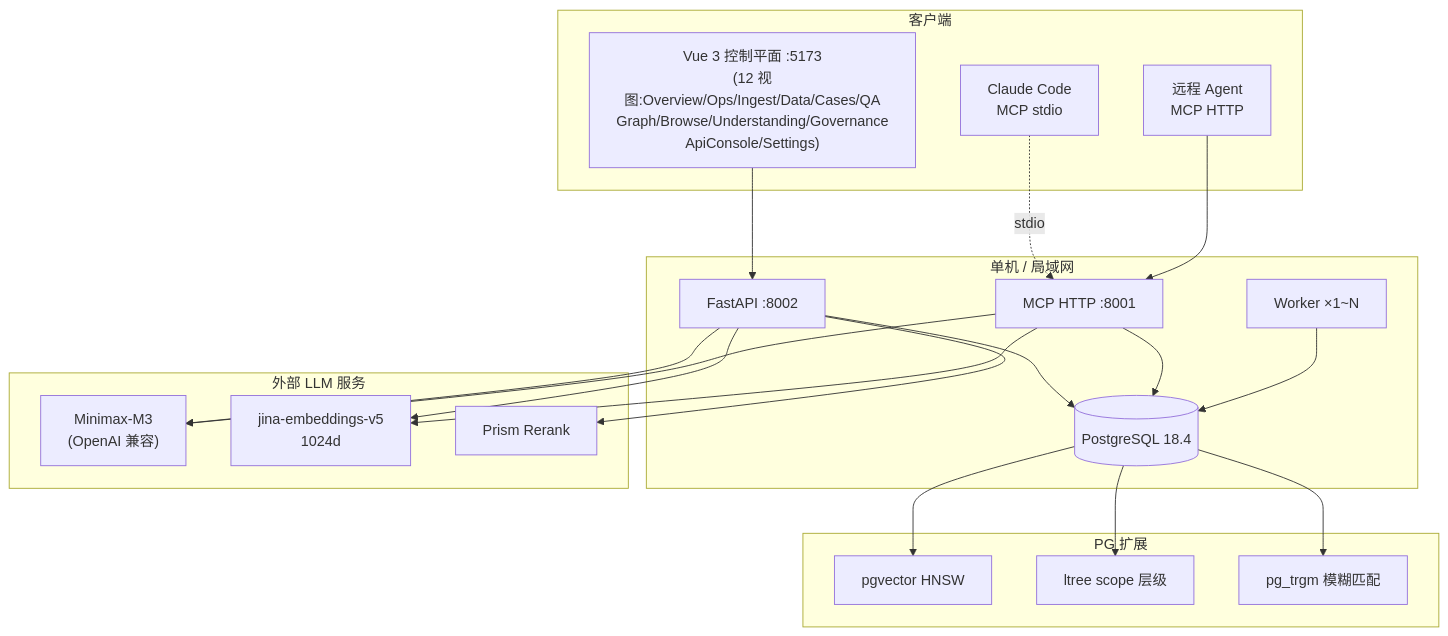
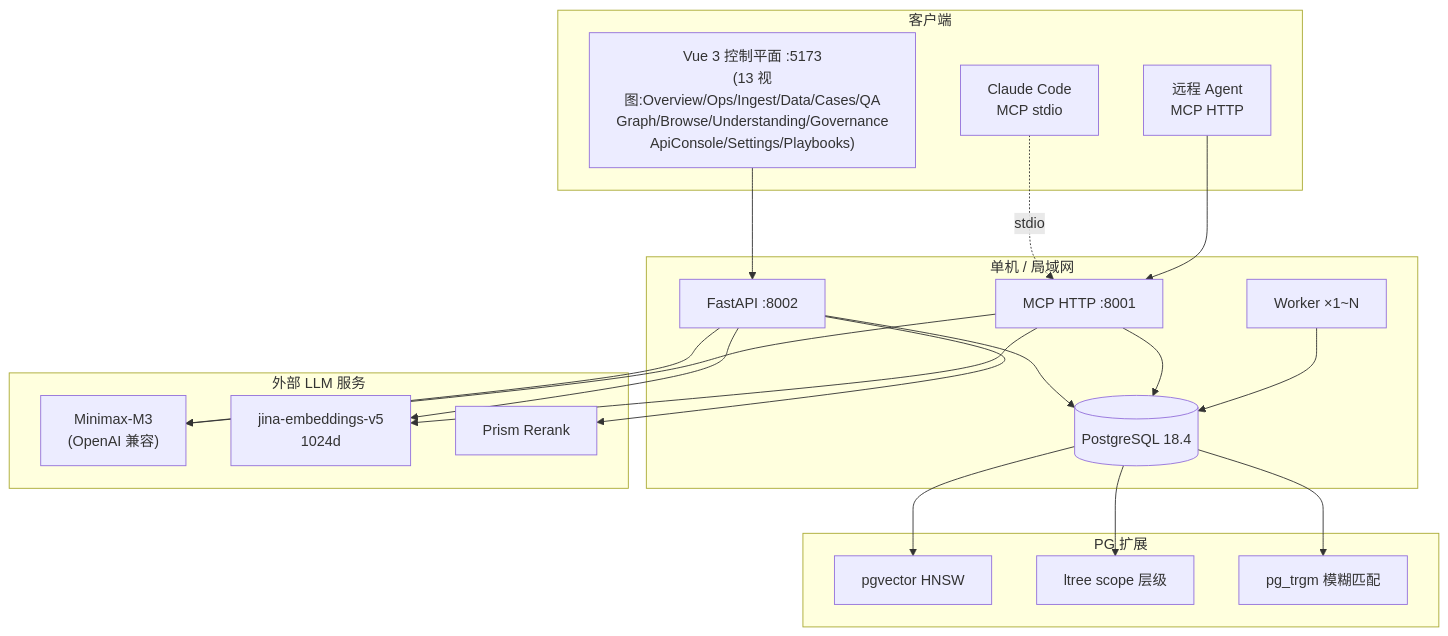
The sixth of 11 diagrams in source/chapters/23-architecture-diagrams.md (pty819/cortex-py-book), drawn with Mermaid before and after one commit. The commit also changed other lines of this file and 27 other files, not shown here.

````diff
--- a/source/chapters/23-architecture-diagrams.md
+++ b/source/chapters/23-architecture-diagrams.md
@@ -334,44 +368,44 @@
 ```{mermaid}
 graph TB
     subgraph host ["单机 / 局域网"]
         API["FastAPI :8002"]
         MCP["MCP HTTP :8001"]
         WK["Worker ×1~N"]
         PG[("PostgreSQL 18.4")]
     end
 
     subgraph ext ["外部 LLM 服务"]
         LLM["Minimax-M3<br/>(OpenAI 兼容)"]
         EMB["jina-embeddings-v5<br/>1024d"]
         RR["Prism Rerank"]
     end
 
     subgraph client ["客户端"]
-        VUE["Vue 3 控制平面 :5173<br/>(12 视图:Overview/Ops/Ingest/Data/Cases/QA<br/>Graph/Browse/Understanding/Governance<br/>ApiConsole/Settings)"]
+        VUE["Vue 3 控制平面 :5173<br/>(13 视图:Overview/Ops/Ingest/Data/Cases/QA<br/>Graph/Browse/Understanding/Governance<br/>ApiConsole/Settings/Playbooks)"]
         CC["Claude Code<br/>MCP stdio"]
         RA["远程 Agent<br/>MCP HTTP"]
     end
 
     VUE --> API
     CC -.->|stdio| MCP
     RA --> MCP
 
     API --> LLM
     API --> EMB
     API --> RR
     MCP --> LLM
     MCP --> EMB
 
     API --> PG
     MCP --> PG
     WK --> PG
 
     subgraph pgext ["PG 扩展"]
         HNSW["pgvector HNSW"]
         LTREE["ltree scope 层级"]
         TRGM["pg_trgm 模糊匹配"]
     end
     PG --> HNSW
     PG --> LTREE
     PG --> TRGM
 ```
````
